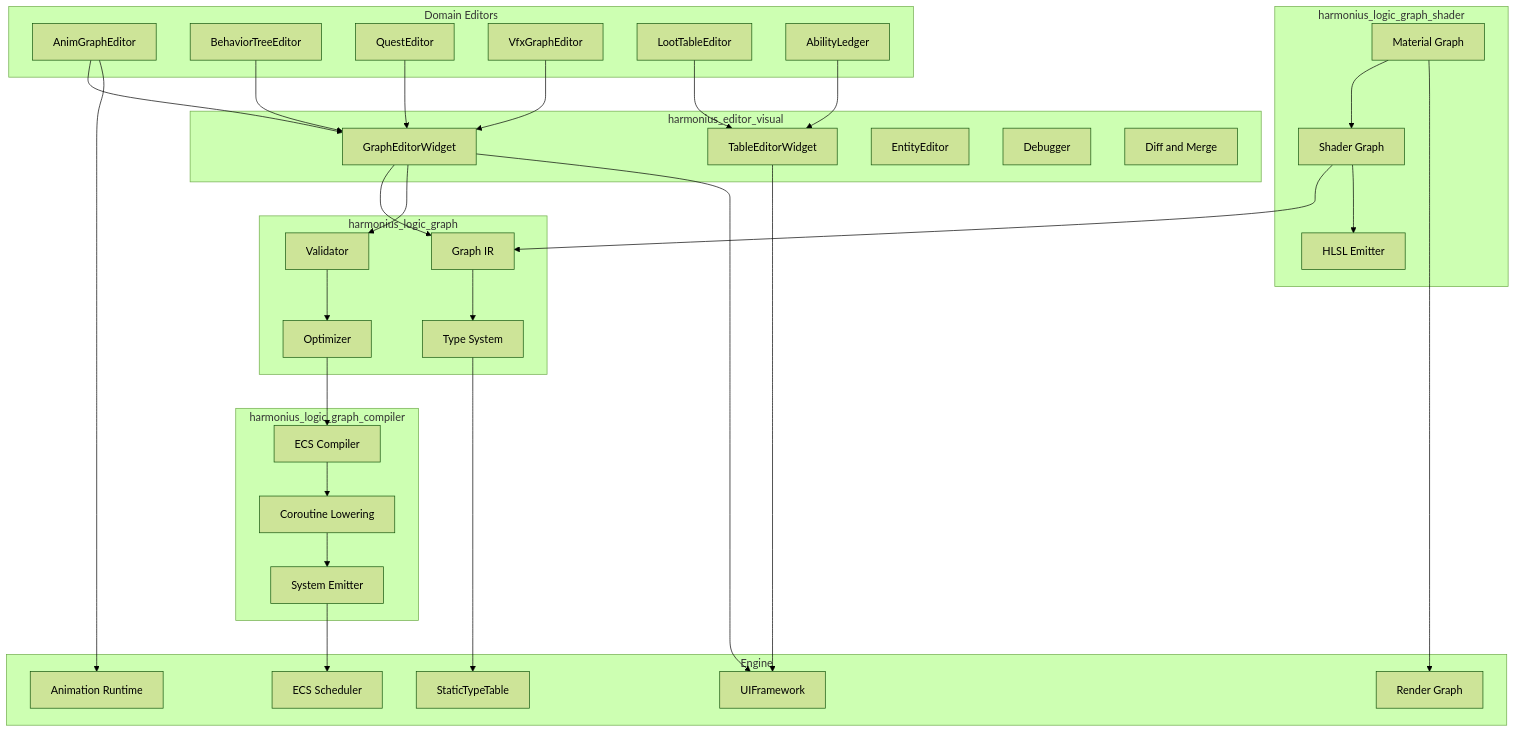
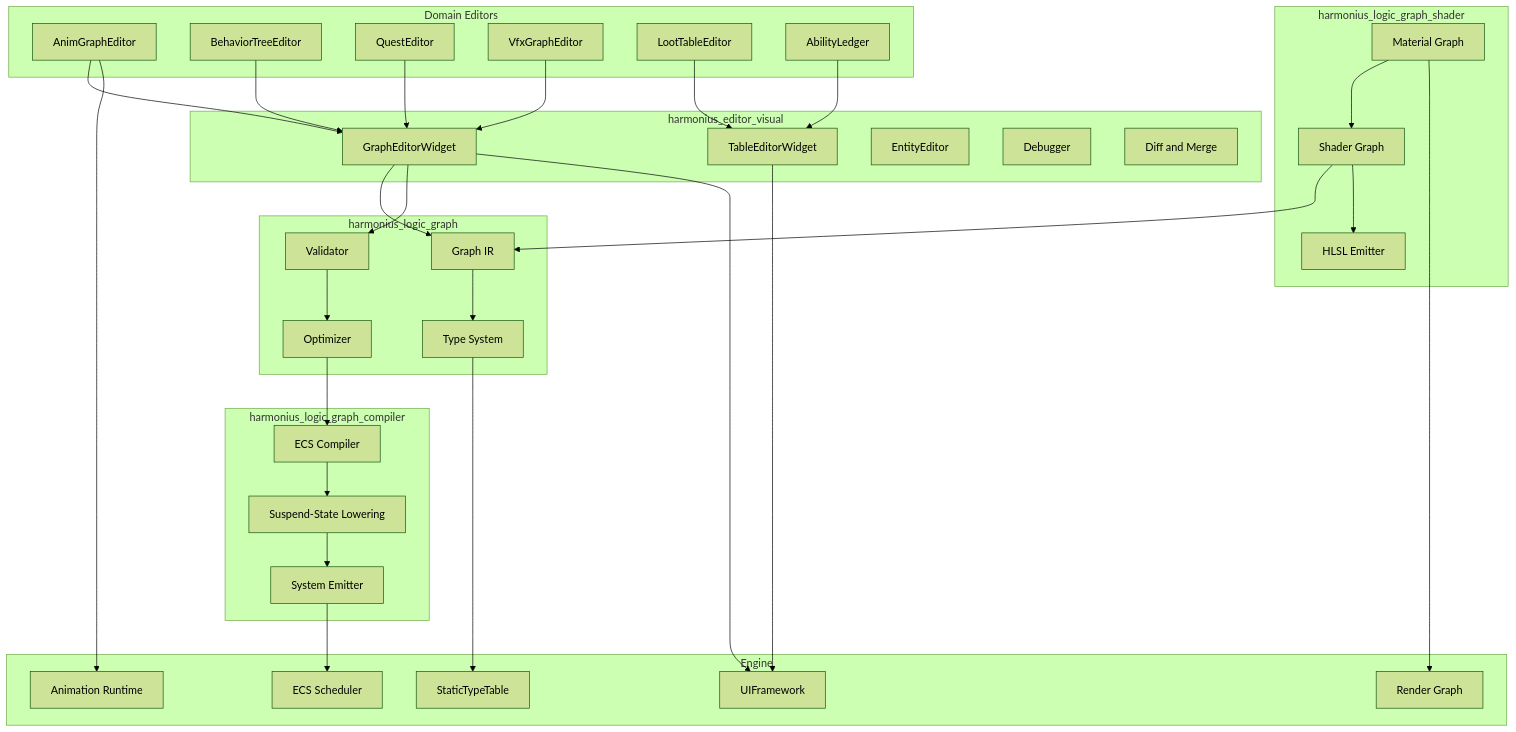
One commit to harmonius-dev/harmonius changed the first of 4 diagrams in docs/design/tools/visual-editors.md. Above: the diagram before and after it, drawn with Mermaid (forest theme). The commit also changed other lines of this file and 6 other files, not shown here.

````diff
--- a/docs/design/tools/visual-editors.md
+++ b/docs/design/tools/visual-editors.md
@@ -202,69 +202,69 @@
 ```mermaid
 graph TD
     subgraph harmonius_logic_graph
         IR[Graph IR]
         TS[Type System]
         VAL[Validator]
         OPT[Optimizer]
     end
 
     subgraph harmonius_logic_graph_compiler
         CMP[ECS Compiler]
-        COR[Coroutine Lowering]
+        COR[Suspend-State Lowering]
         EMT[System Emitter]
     end
 
     subgraph harmonius_logic_graph_shader
         SG[Shader Graph]
         MAT[Material Graph]
         HLSL[HLSL Emitter]
     end
 
     subgraph harmonius_editor_visual
         GEW[GraphEditorWidget]
         TEW[TableEditorWidget]
         EE[EntityEditor]
         DBG[Debugger]
         DIFF[Diff and Merge]
     end
 
     subgraph "Domain Editors"
         AGE[AnimGraphEditor]
         BTE[BehaviorTreeEditor]
         QE[QuestEditor]
         VGE[VfxGraphEditor]
         LTE[LootTableEditor]
         AL[AbilityLedger]
     end
 
     subgraph Engine
         STT[StaticTypeTable]
         ECS[ECS Scheduler]
         AR[Animation Runtime]
         RG[Render Graph]
         UI[UIFramework]
     end
 
     GEW --> IR
     GEW --> VAL
     GEW --> UI
     TEW --> UI
     IR --> TS
     VAL --> OPT
     OPT --> CMP
     CMP --> COR
     COR --> EMT
     SG --> IR
     MAT --> SG
     SG --> HLSL
     EMT --> ECS
     TS --> STT
     AGE --> GEW
     BTE --> GEW
     QE --> GEW
     VGE --> GEW
     LTE --> TEW
     AL --> TEW
     MAT --> RG
     AGE --> AR
 ```
````
